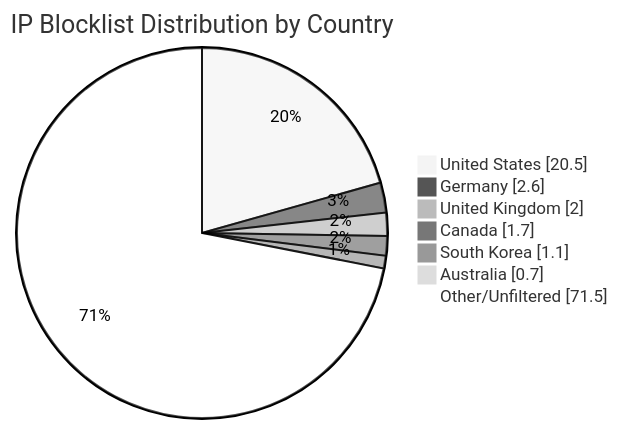
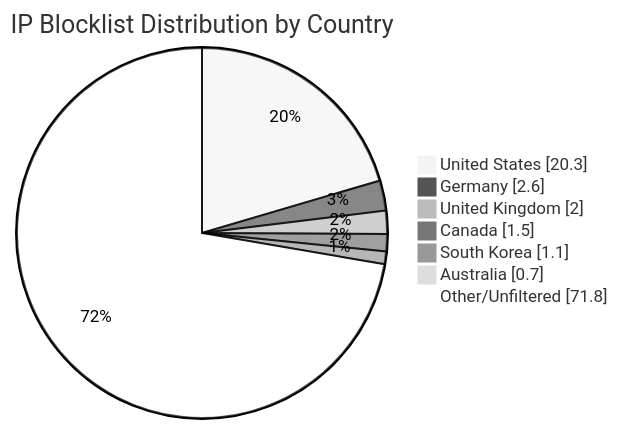
The diagram in README.md (MarcusHoltz/ipblocklist-geofiltered-aggregator), drawn with Mermaid (neutral theme) before and after one commit. The commit also changed other lines of this file and 9 other files, not shown here.

````diff
--- a/README.md
+++ b/README.md
@@ -34,10 +34,10 @@
 ```mermaid
 pie showData title IP Blocklist Distribution by Country
-"United States" : 20.5
+"United States" : 20.3
 "Germany" : 2.6
 "United Kingdom" : 2.0
-"Canada" : 1.7
+"Canada" : 1.5
 "South Korea" : 1.1
 "Australia" : 0.7
-"Other/Unfiltered" : 71.5
+"Other/Unfiltered" : 71.8
 ```
````
